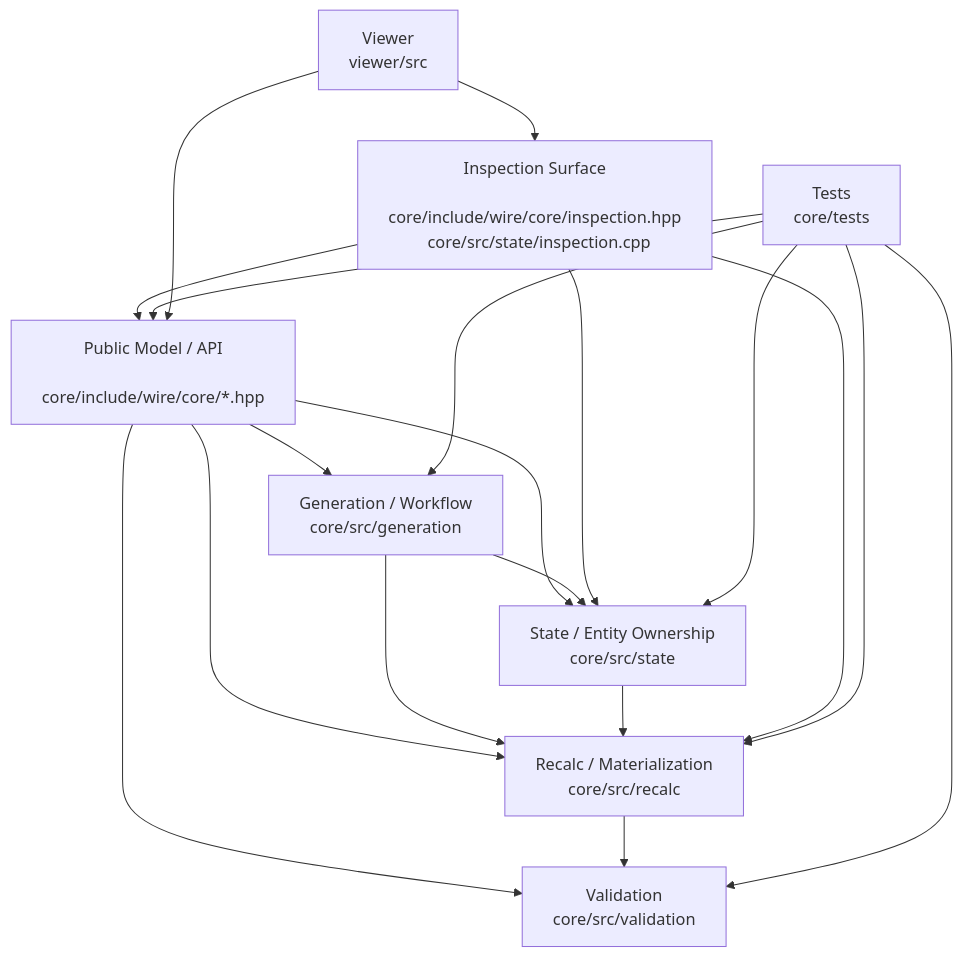
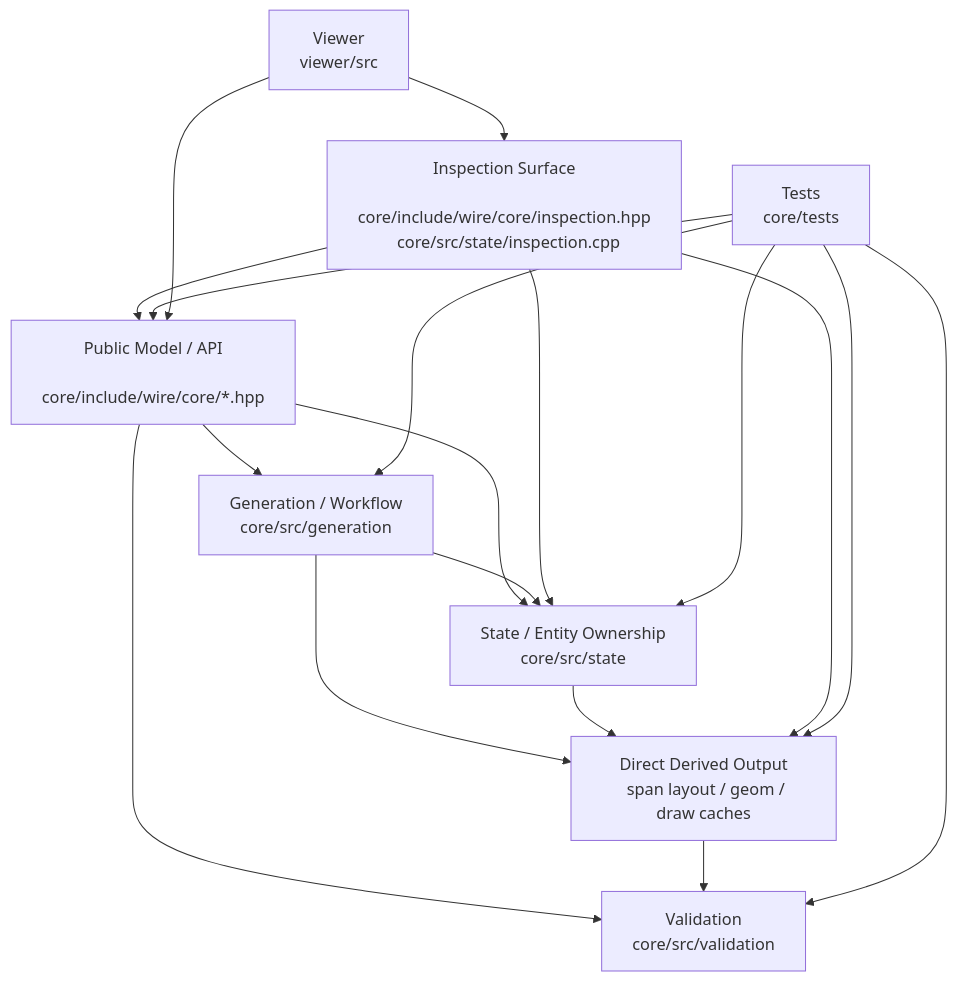
Before and after one commit to tokachi269/wire: the first of 2 diagrams in docs/diagrams/core_layers.md, drawn with Mermaid. The commit also changed other lines of this file and 3 other files, not shown here.

````diff
--- a/docs/diagrams/core_layers.md
+++ b/docs/diagrams/core_layers.md
@@ -5,44 +5,43 @@
 ```mermaid
 flowchart TD
   api["Public Model / API
   core/include/wire/core/*.hpp"]
 
   state["State / Entity Ownership
   core/src/state"]
   generation["Generation / Workflow
   core/src/generation"]
-  recalc["Recalc / Materialization
-  core/src/recalc"]
   validation["Validation
   core/src/validation"]
+  derived["Direct Derived Output
+  span layout / geom / draw caches"]
   tests["Tests
   core/tests"]
   inspection["Inspection Surface
   core/include/wire/core/inspection.hpp
   core/src/state/inspection.cpp"]
   viewer["Viewer
   viewer/src"]
 
   api --> state
   api --> generation
-  api --> recalc
   api --> validation
 
   generation --> state
-  generation --> recalc
-  state --> recalc
-  recalc --> validation
+  generation --> derived
+  state --> derived
+  derived --> validation
 
   inspection --> api
   inspection --> state
-  inspection --> recalc
+  inspection --> derived
 
   tests --> api
   tests --> state
   tests --> generation
-  tests --> recalc
+  tests --> derived
   tests --> validation
 
   viewer --> api
   viewer --> inspection
 ```
````
